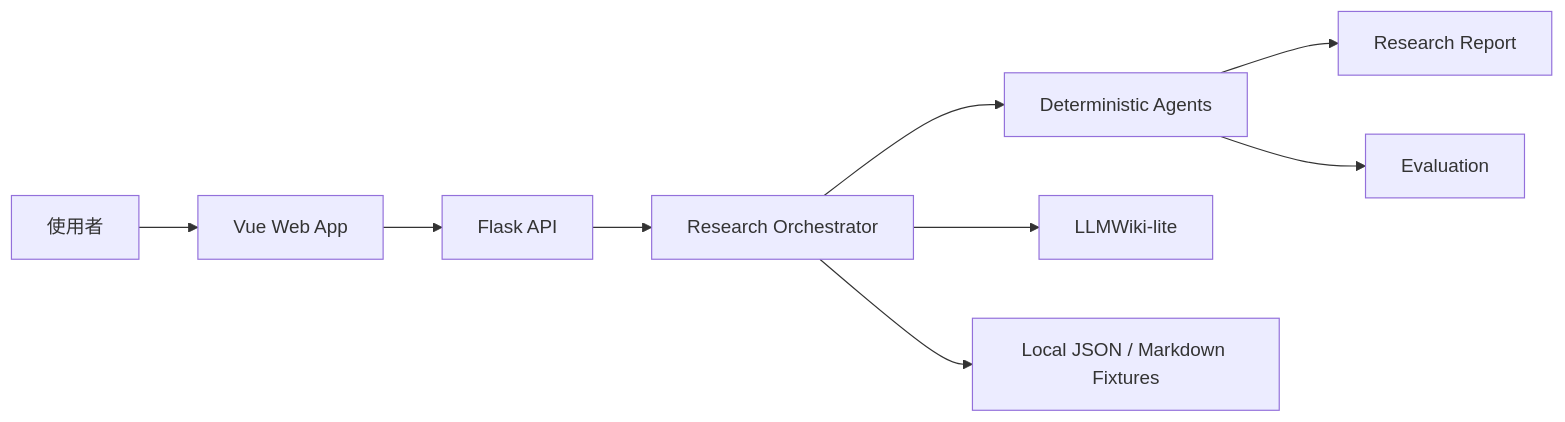
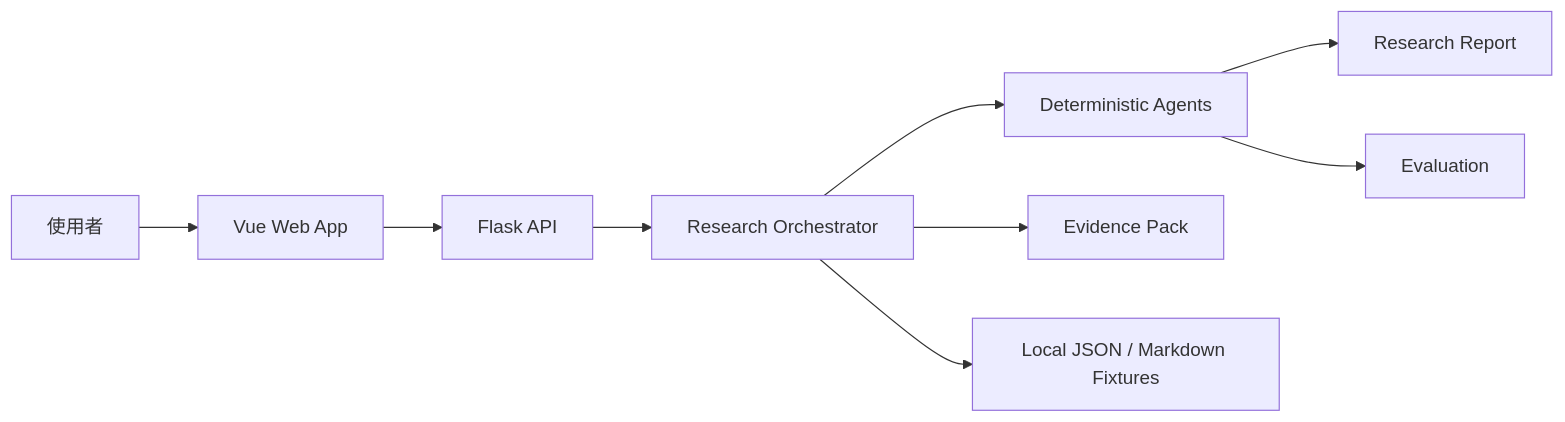
The first of 3 diagrams in docs/architecture.md (DancinAndrew/personal-finance-multi-agent-system), drawn with Mermaid before and after one commit. The commit also changed other lines of this file and 20 other files, not shown here.

Commit message:
refactor: replace llm wiki naming with evidence pack

````diff
--- a/docs/architecture.md
+++ b/docs/architecture.md
@@ -5,11 +5,11 @@
 ```mermaid
 flowchart LR
   User["使用者"] --> Vue["Vue Web App"]
   Vue --> Flask["Flask API"]
   Flask --> Orchestrator["Research Orchestrator"]
   Orchestrator --> Agents["Deterministic Agents"]
-  Orchestrator --> Wiki["LLMWiki-lite"]
+  Orchestrator --> Evidence["Evidence Pack"]
   Orchestrator --> Fixtures["Local JSON / Markdown Fixtures"]
   Agents --> Report["Research Report"]
   Agents --> Eval["Evaluation"]
 ```
````
